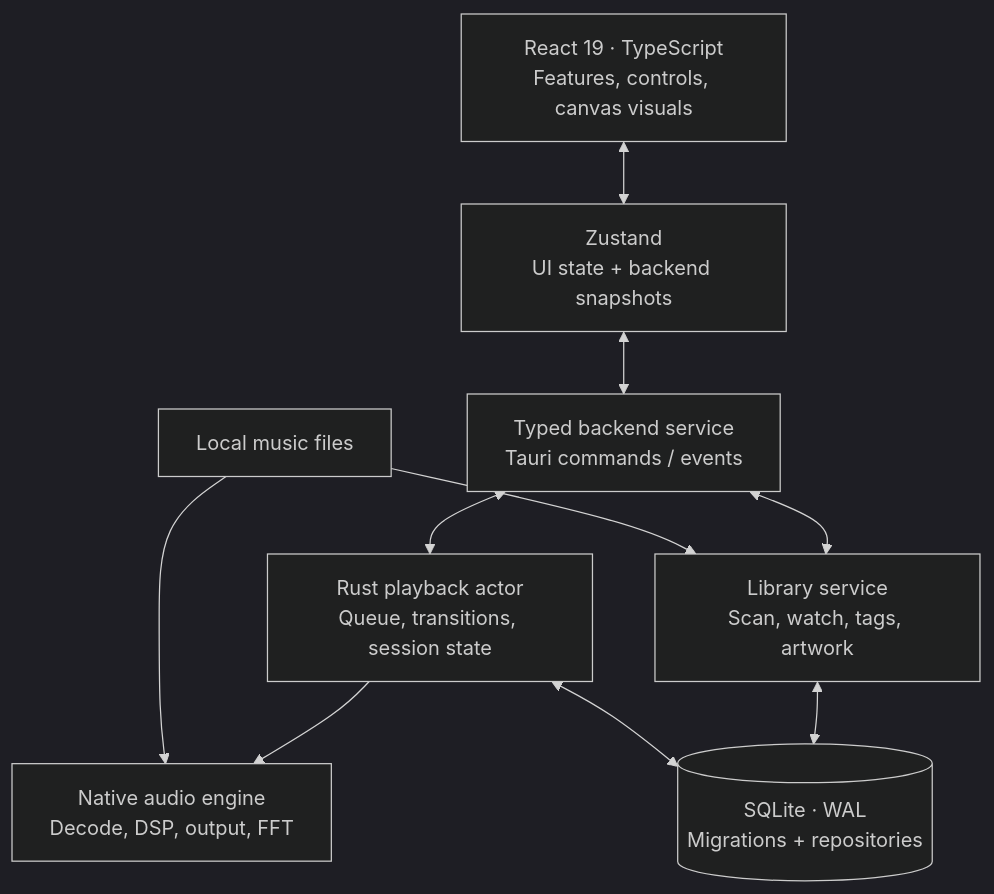
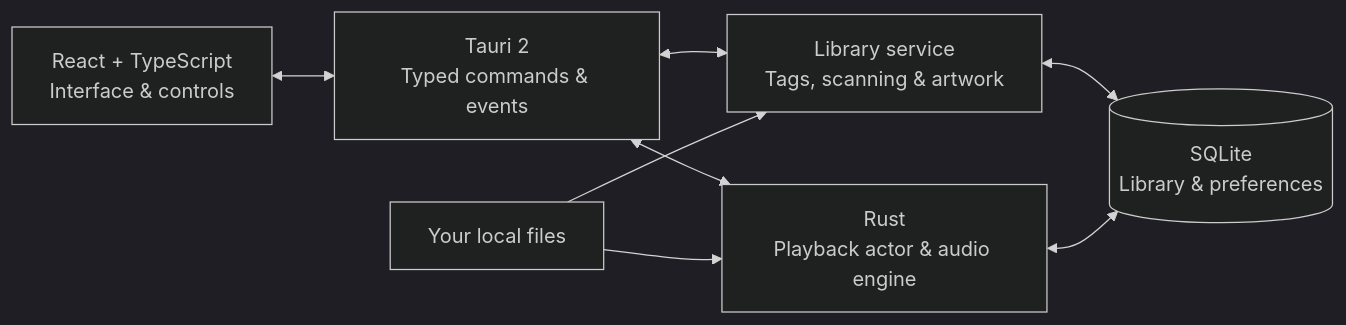
One commit to karimialireza405/RYLORA changed the diagram in README.md. Above: the diagram before and after it, drawn with Mermaid (dark theme). The commit also changed other lines of this file and 11 other files, not shown here.

````diff
--- a/README.md
+++ b/README.md
@@ -127,20 +112,10 @@
 ```mermaid
-flowchart TB
-    UI["React 19 · TypeScript<br/>Features, controls, canvas visuals"]
-    State["Zustand<br/>UI state + backend snapshots"]
-    IPC["Typed backend service<br/>Tauri commands / events"]
-    Player["Rust playback actor<br/>Queue, transitions, session state"]
-    Audio["Native audio engine<br/>Decode, DSP, output, FFT"]
-    Library["Library service<br/>Scan, watch, tags, artwork"]
-    DB[("SQLite · WAL<br/>Migrations + repositories")]
-    Disk["Local music files"]
-    UI <--> State
-    State <--> IPC
-    IPC <--> Player
-    Player --> Audio
-    IPC <--> Library
-    Library <--> DB
+flowchart LR
+    UI["React + TypeScript<br/>Interface & controls"] <--> IPC["Tauri 2<br/>Typed commands & events"]
+    IPC <--> Player["Rust<br/>Playback actor & audio engine"]
+    IPC <--> Library["Library service<br/>Tags, scanning & artwork"]
+    Library <--> DB[("SQLite<br/>Library & preferences")]
     Player <--> DB
-    Disk --> Library
-    Disk --> Audio
+    Files["Your local files"] --> Player
+    Files --> Library
 ```
````
